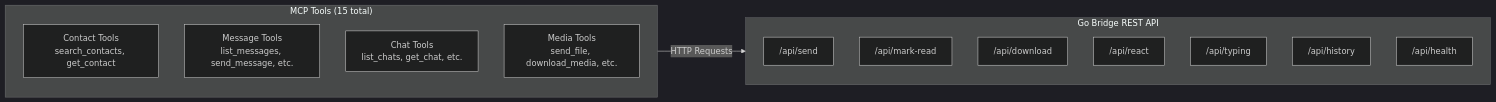
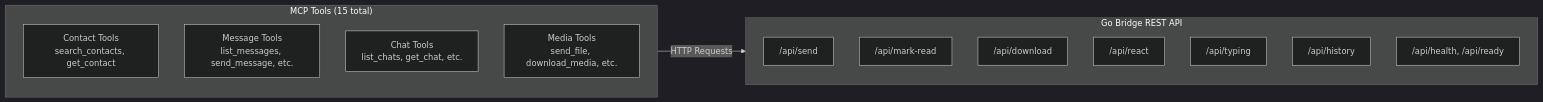
The second of 4 diagrams in README.md (Tauri-EPO/whatsapp-mcp), drawn with Mermaid (dark theme) before and after one commit. The commit also changed 7 other files, not shown here.

First line of the commit message:
feat(bridge): REST starts before pairing; /api/health is liveness, /api/ready readiness

````diff
--- a/README.md
+++ b/README.md
@@ -911,23 +911,23 @@
 ```mermaid
 flowchart LR
     subgraph GoAPI["Go Bridge REST API"]
         direction TB
         SEND["/api/send"]
         READ["/api/mark-read"]
         DOWN["/api/download"]
         REACT["/api/react"]
         TYPE["/api/typing"]
         HIST["/api/history"]
-        HEALTH["/api/health"]
+        HEALTH["/api/health, /api/ready"]
     end
 
     subgraph MCPTools["MCP Tools (15 total)"]
         direction TB
         CONT["Contact Tools<br/>search_contacts, get_contact"]
         MSG["Message Tools<br/>list_messages, send_message, etc."]
         CHAT["Chat Tools<br/>list_chats, get_chat, etc."]
         MEDIA["Media Tools<br/>send_file, download_media, etc."]
     end
 
     MCPTools -->|HTTP Requests| GoAPI
 ```
````
